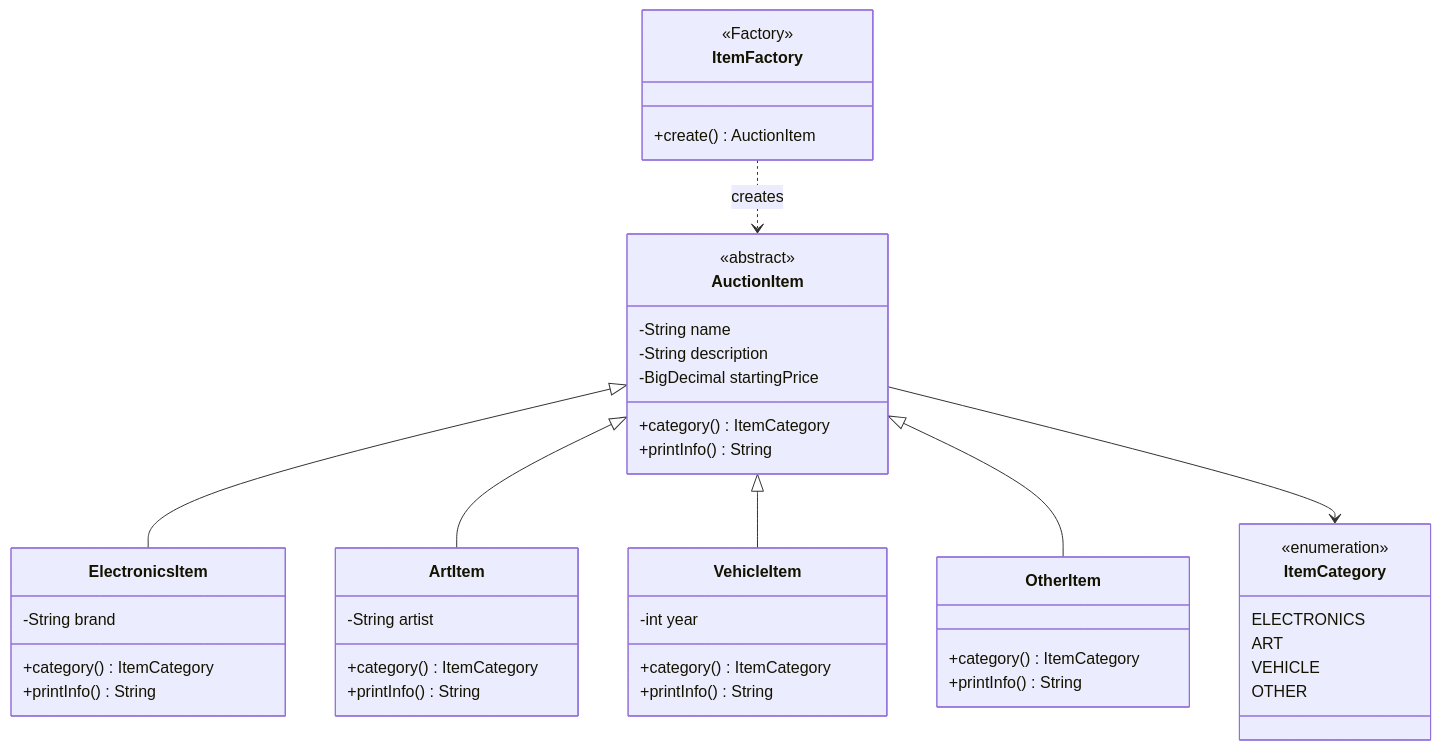
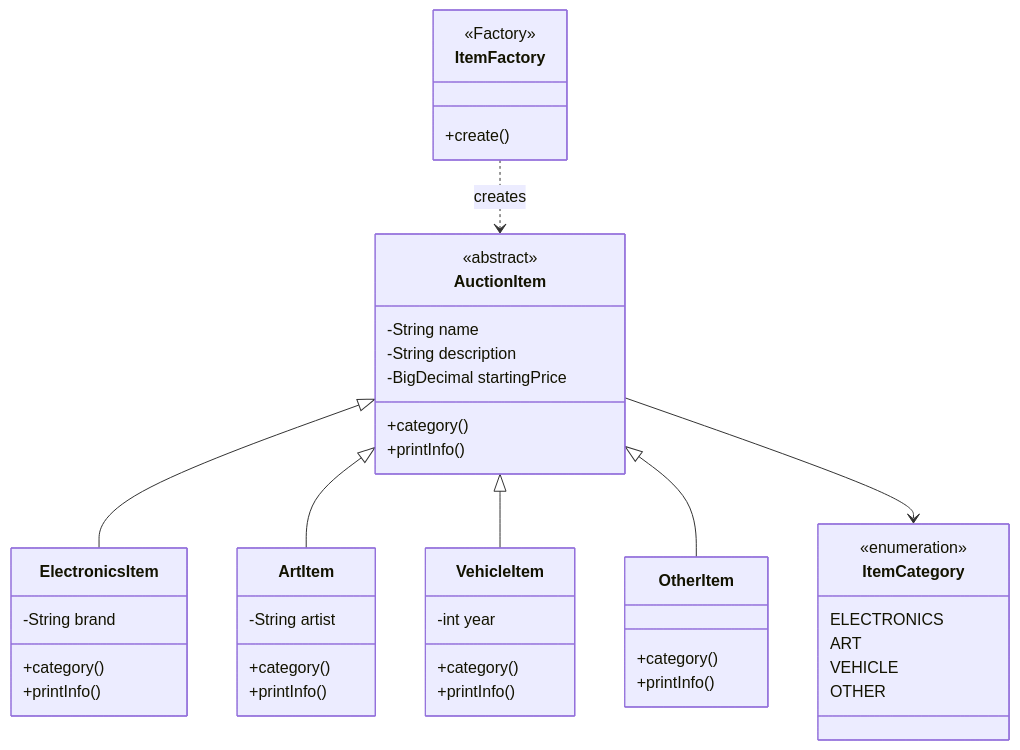
Before and after one commit to quagn-collab/GROUP-6-BTL: the second of 6 diagrams in docs/README/README.md, drawn with Mermaid. The commit also changed other lines of this file, not shown here.

````diff
--- a/docs/README/README.md
+++ b/docs/README/README.md
@@ -62,48 +61,47 @@
 ```mermaid
 classDiagram
-    direction TB
-    class AuctionItem {
-        -String name
-        -String description
-        -BigDecimal startingPrice
-        +category() ItemCategory
-        +printInfo() String
-    }
-    class ElectronicsItem {
-        -String brand
-        +category() ItemCategory
-        +printInfo() String
-    }
-    class ArtItem {
-        -String artist
-        +category() ItemCategory
-        +printInfo() String
-    }
-    class VehicleItem {
-        -int year
-        +category() ItemCategory
-        +printInfo() String
-    }
-    class OtherItem {
-        +category() ItemCategory
-        +printInfo() String
-    }
-    class ItemCategory {
-        <<enumeration>>
-        ELECTRONICS
-        ART
-        VEHICLE
-        OTHER
-    }
-    class ItemFactory {
-        +create() AuctionItem
-    }
-    AuctionItem <|-- ElectronicsItem
-    AuctionItem <|-- ArtItem
-    AuctionItem <|-- VehicleItem
-    AuctionItem <|-- OtherItem
-    AuctionItem --> ItemCategory
-    ItemFactory ..> AuctionItem : creates
-    <<abstract>> AuctionItem
-    <<Factory>> ItemFactory
+  class AuctionItem {
+    <<abstract>>
+    -String name
+    -String description
+    -BigDecimal startingPrice
+    +category()
+    +printInfo()
+  }
+  class ElectronicsItem {
+    -String brand
+    +category()
+    +printInfo()
+  }
+  class ArtItem {
+    -String artist
+    +category()
+    +printInfo()
+  }
+  class VehicleItem {
+    -int year
+    +category()
+    +printInfo()
+  }
+  class OtherItem {
+    +category()
+    +printInfo()
+  }
+  class ItemCategory {
+    <<enumeration>>
+    ELECTRONICS
+    ART
+    VEHICLE
+    OTHER
+  }
+  class ItemFactory {
+    <<Factory>>
+    +create()
+  }
+  AuctionItem <|-- ElectronicsItem
+  AuctionItem <|-- ArtItem
+  AuctionItem <|-- VehicleItem
+  AuctionItem <|-- OtherItem
+  AuctionItem --> ItemCategory
+  ItemFactory ..> AuctionItem : creates
 ```
````
